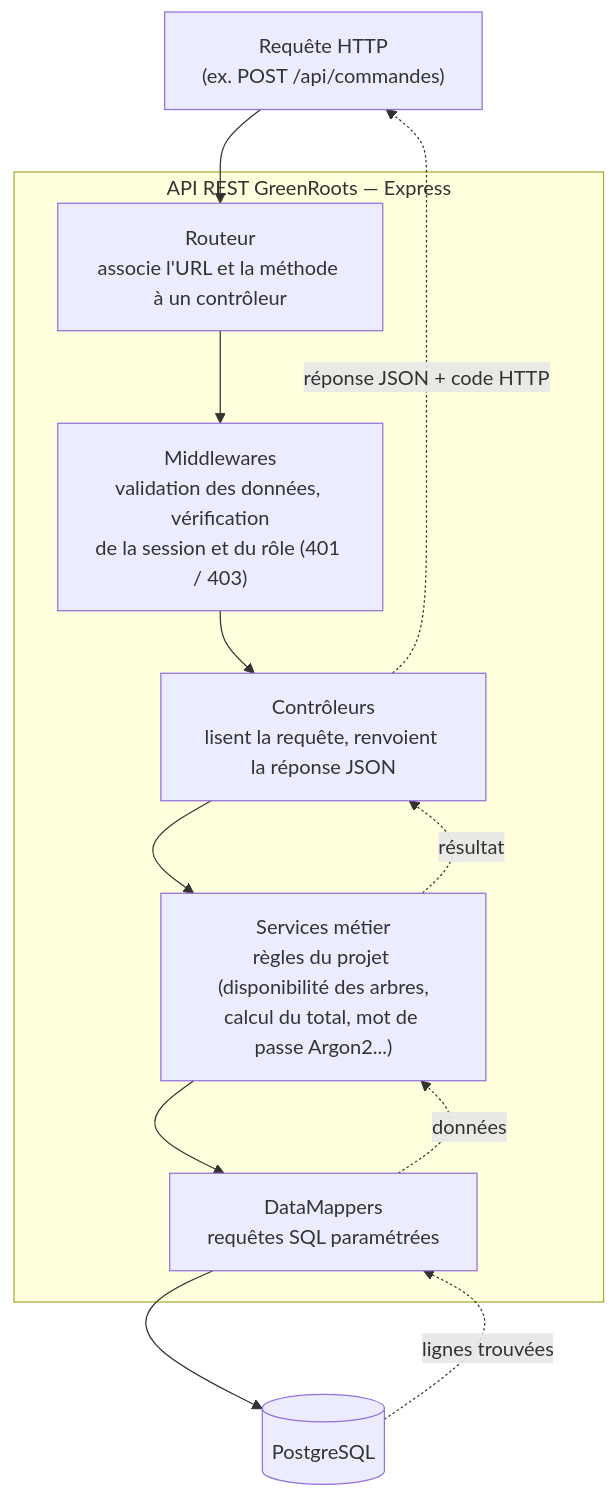
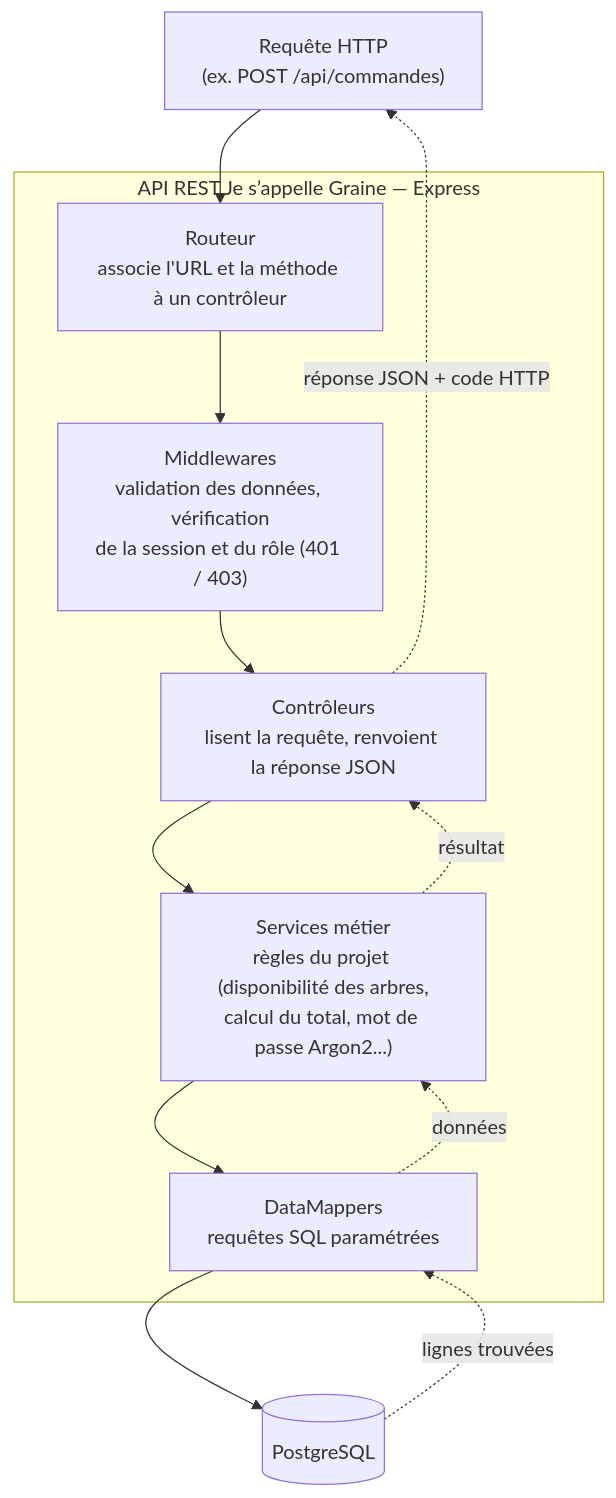
One commit to DimitryDereppe/je-s-appelle-graine changed the second of 3 diagrams in docs/conception/diagrammes/01-architecture.md. Above: the diagram before and after it, drawn with Mermaid. The commit also changed other lines of this file and 17 other files, not shown here.

Commit message:
docs: remplacement de GreenRoots par « Je s’appelle Graine » dans le contenu des fichiers

````diff
--- a/docs/conception/diagrammes/01-architecture.md
+++ b/docs/conception/diagrammes/01-architecture.md
@@ -41,20 +41,20 @@
 ```mermaid
 flowchart TB
     REQ["Requête HTTP<br/>(ex. POST /api/commandes)"]
 
-    subgraph API["API REST GreenRoots — Express"]
+    subgraph API["API REST Je s’appelle Graine — Express"]
         R["Routeur<br/>associe l'URL et la méthode à un contrôleur"]
         M["Middlewares<br/>validation des données, vérification<br/>de la session et du rôle (401 / 403)"]
         C["Contrôleurs<br/>lisent la requête, renvoient la réponse JSON"]
         S["Services métier<br/>règles du projet (disponibilité des arbres,<br/>calcul du total, mot de passe Argon2...)"]
         D["DataMappers<br/>requêtes SQL paramétrées"]
     end
 
     DB[("PostgreSQL")]
 
     REQ --> R --> M --> C --> S --> D --> DB
     DB -. "lignes trouvées" .-> D
     D -. "données" .-> S
     S -. "résultat" .-> C
     C -. "réponse JSON + code HTTP" .-> REQ
 ```
````
